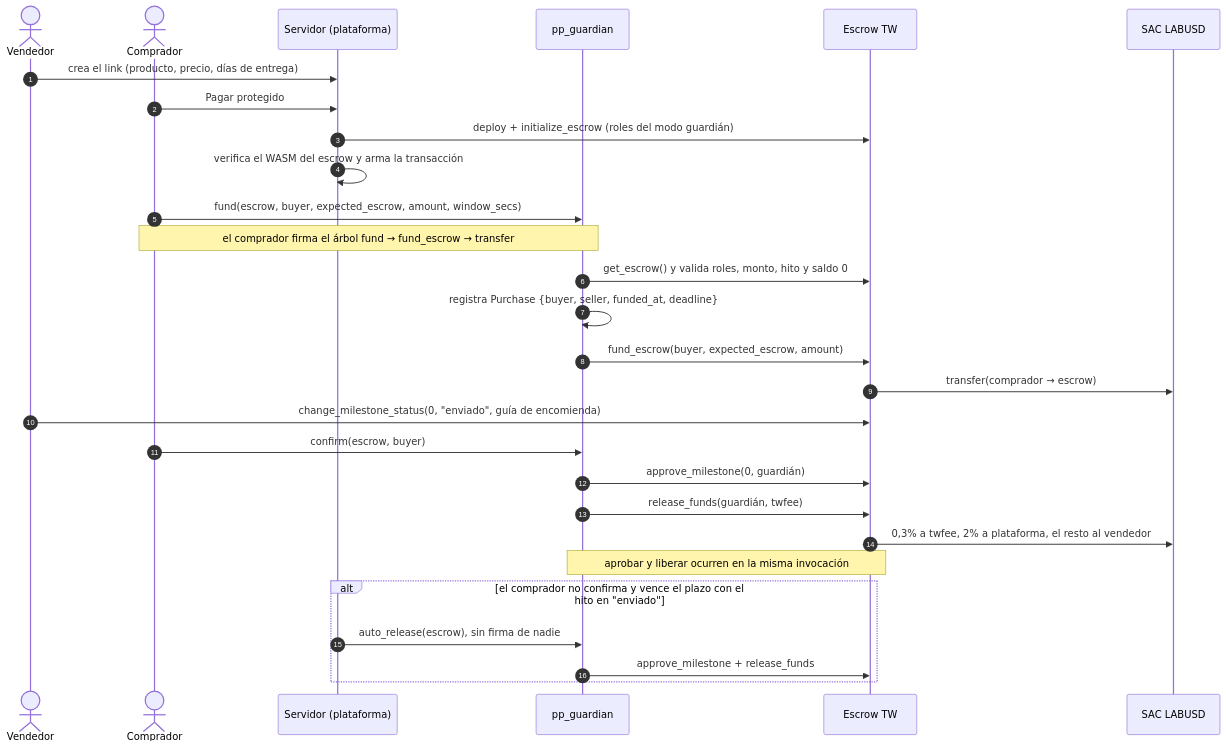
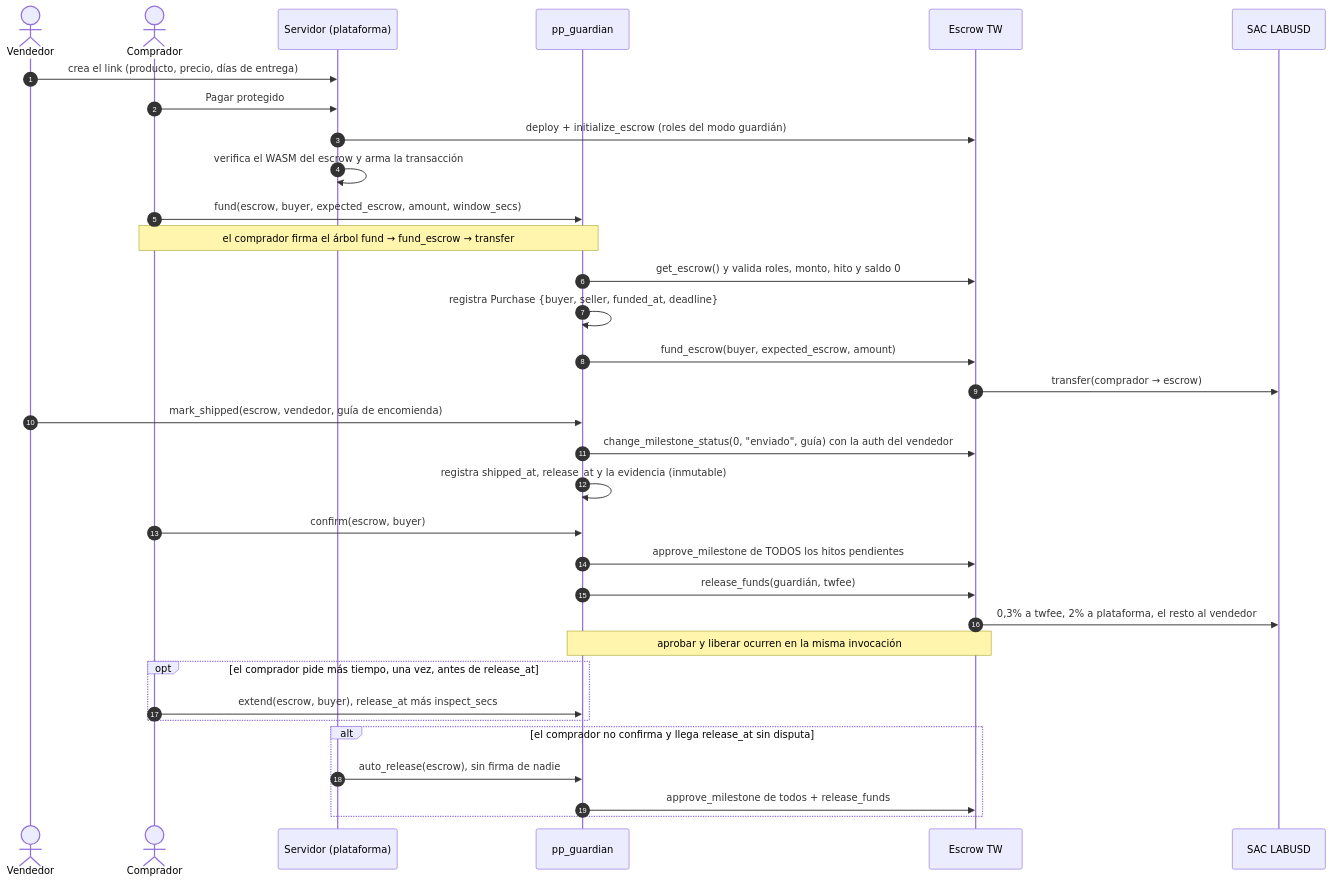
Before and after one commit to haneiva1/pago-protegido: the second of 4 diagrams in docs/ARQUITECTURA.md, drawn with Mermaid. The commit also changed other lines of this file and 61 other files, not shown here.

````diff
--- a/docs/ARQUITECTURA.md
+++ b/docs/ARQUITECTURA.md
@@ -70,30 +79,35 @@
 ```mermaid
 sequenceDiagram
   autonumber
   actor V as Vendedor
   actor C as Comprador
   participant S as Servidor (plataforma)
   participant G as pp_guardian
   participant E as Escrow TW
   participant T as SAC LABUSD
   V->>S: crea el link (producto, precio, días de entrega)
   C->>S: Pagar protegido
   S->>E: deploy + initialize_escrow (roles del modo guardián)
   S->>S: verifica el WASM del escrow y arma la transacción
   C->>G: fund(escrow, buyer, expected_escrow, amount, window_secs)
   Note over C,G: el comprador firma el árbol fund → fund_escrow → transfer
   G->>E: get_escrow() y valida roles, monto, hito y saldo 0
   G->>G: registra Purchase {buyer, seller, funded_at, deadline}
   G->>E: fund_escrow(buyer, expected_escrow, amount)
   E->>T: transfer(comprador → escrow)
-  V->>E: change_milestone_status(0, "enviado", guía de encomienda)
+  V->>G: mark_shipped(escrow, vendedor, guía de encomienda)
+  G->>E: change_milestone_status(0, "enviado", guía) con la auth del vendedor
+  G->>G: registra shipped_at, release_at y la evidencia (inmutable)
   C->>G: confirm(escrow, buyer)
-  G->>E: approve_milestone(0, guardián)
+  G->>E: approve_milestone de TODOS los hitos pendientes
   G->>E: release_funds(guardián, twfee)
   E->>T: 0,3% a twfee, 2% a plataforma, el resto al vendedor
   Note over G,E: aprobar y liberar ocurren en la misma invocación
-  alt el comprador no confirma y vence el plazo con el hito en "enviado"
+  opt el comprador pide más tiempo, una vez, antes de release_at
+    C->>G: extend(escrow, buyer), release_at más inspect_secs
+  end
+  alt el comprador no confirma y llega release_at sin disputa
     S->>G: auto_release(escrow), sin firma de nadie
-    G->>E: approve_milestone + release_funds
+    G->>E: approve_milestone de todos + release_funds
   end
 ```
````
